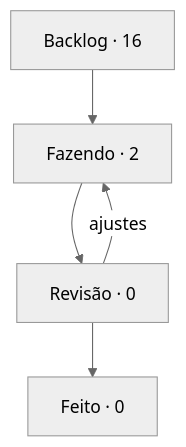
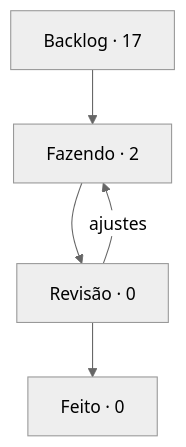
One commit to StudioVibi/VibiKanban changed the diagram in boards/dungeon-bend/BOARD.md. Above: the diagram before and after it, drawn with Mermaid (neutral theme). The commit also changed other lines of this file and 2 other files, not shown here.

````diff
--- a/boards/dungeon-bend/BOARD.md
+++ b/boards/dungeon-bend/BOARD.md
@@ -5,10 +5,10 @@
 ```mermaid
 flowchart TD
-  backlog["Backlog · 16"] --> doing["Fazendo · 2"]
+  backlog["Backlog · 17"] --> doing["Fazendo · 2"]
   doing --> review["Revisão · 0"]
   review --> done["Feito · 0"]
   review -->|ajustes| doing
   doing:::blue
   review:::yellow
   done:::green
 ```
````
